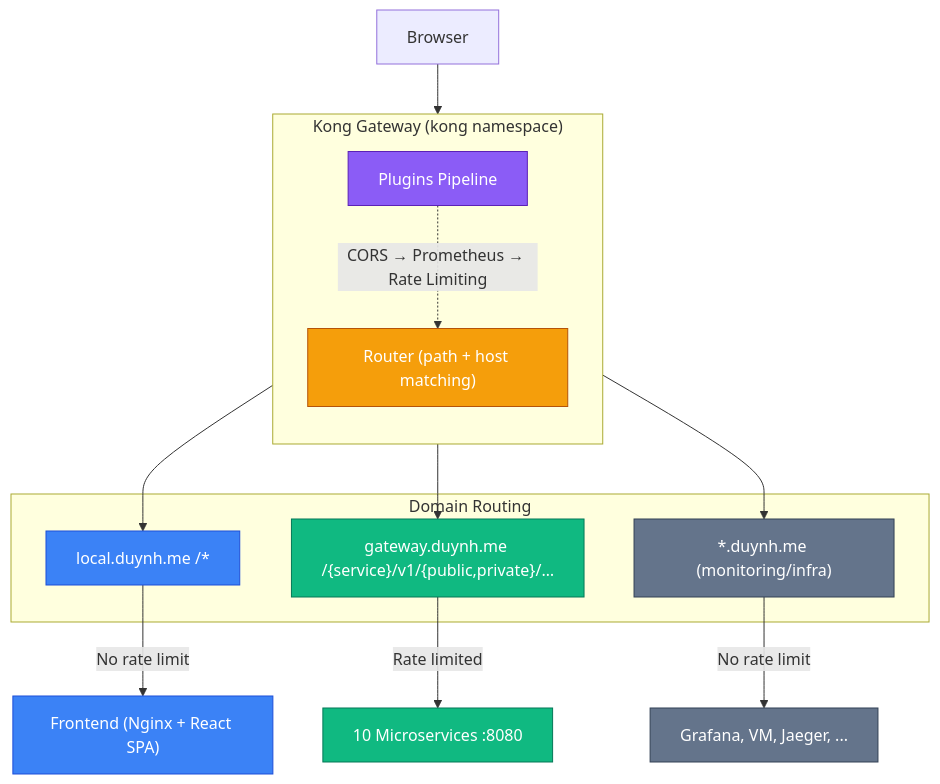
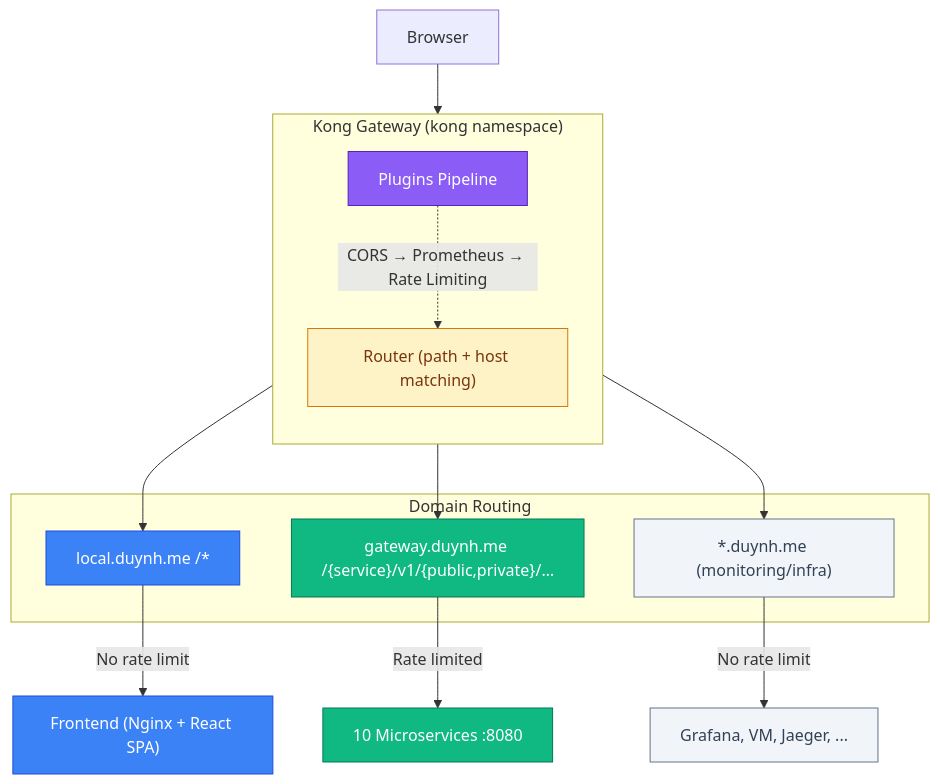
One commit to duynhlab/homelab changed the first of 5 diagrams in docs/platform/kong-gateway.md. Above: the diagram before and after it, drawn with Mermaid. The commit also changed 174 other files, not shown here.

First line of the commit message:
Soft-tint diagram palette, a signal-flow diagram, a Linux-ready Draw.io skill

````diff
--- a/docs/platform/kong-gateway.md
+++ b/docs/platform/kong-gateway.md
@@ -169,33 +169,33 @@
 ```mermaid
 flowchart TD
     classDef fe fill:#3b82f6,stroke:#1d4ed8,color:#fff
-    classDef gw fill:#f59e0b,stroke:#b45309,color:#fff
+    classDef gw fill:#fef3c7,stroke:#d97706,color:#78350f
     classDef api fill:#10b981,stroke:#047857,color:#fff
     classDef plugin fill:#8b5cf6,stroke:#5b21b6,color:#fff
-    classDef infra fill:#64748b,stroke:#334155,color:#fff
+    classDef infra fill:#f1f5f9,stroke:#64748b,color:#334155
 
     Browser["Browser"]
 
     subgraph Kong["Kong Gateway (kong namespace)"]
         direction TB
         Plugins["Plugins Pipeline"]:::plugin
         Router["Router (path + host matching)"]:::gw
     end
 
     subgraph Domains["Domain Routing"]
         FERoute["local.duynh.me /*"]:::fe
         APIRoute["gateway.duynh.me /{service}/v1/{public,private}/…"]:::api
         MonRoute["*.duynh.me (monitoring/infra)"]:::infra
     end
 
     Browser --> Kong
     Kong --> FERoute
     Kong --> APIRoute
     Kong --> MonRoute
 
     FERoute -->|"No rate limit"| FE["Frontend (Nginx + React SPA)"]:::fe
     APIRoute -->|"Rate limited"| APIs["10 Microservices :8080"]:::api
     MonRoute -->|"No rate limit"| Infra["Grafana, VM, Jaeger, ..."]:::infra
 
     Plugins -.->|"CORS → Prometheus → Rate Limiting"| Router
 ```
````
